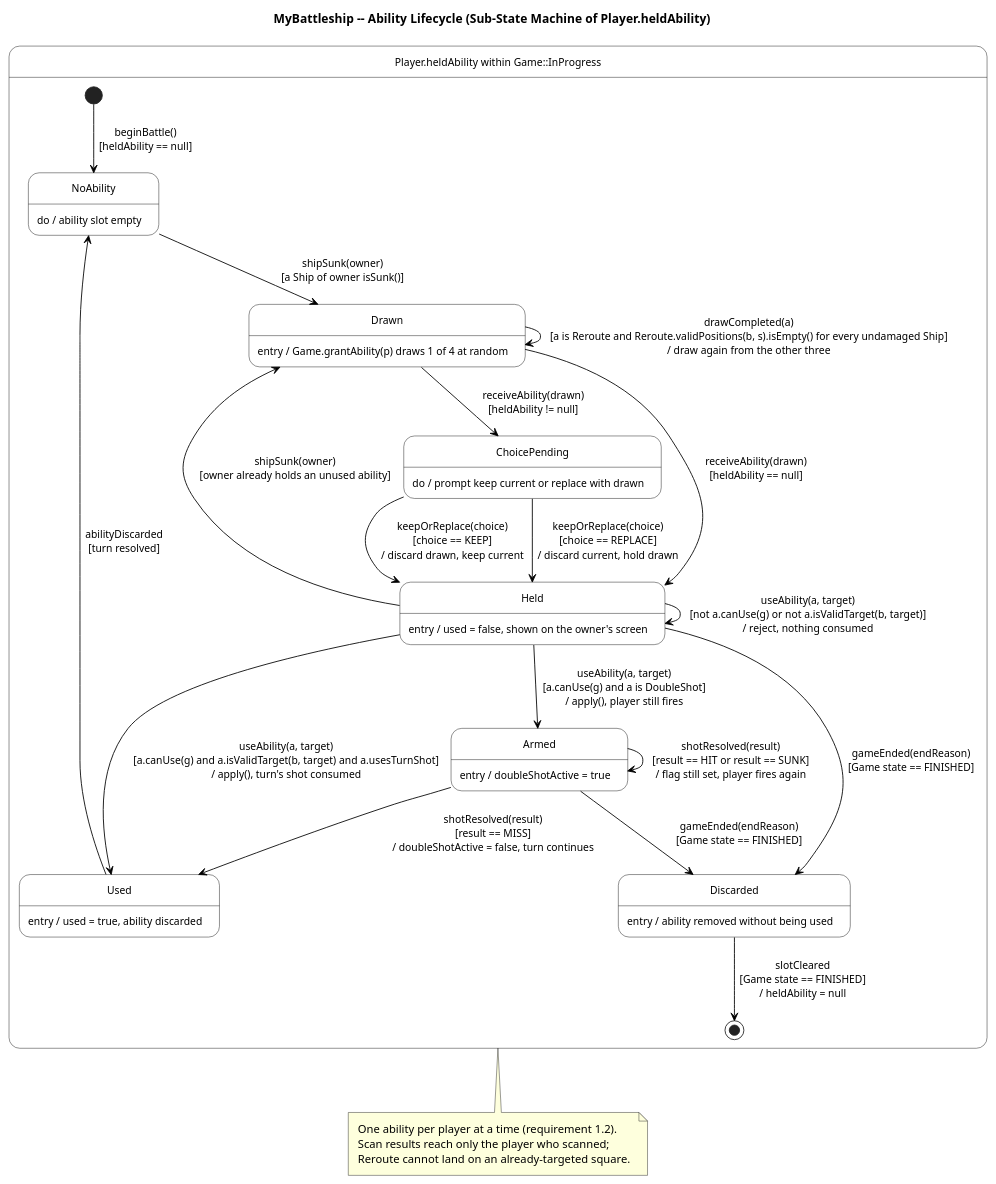
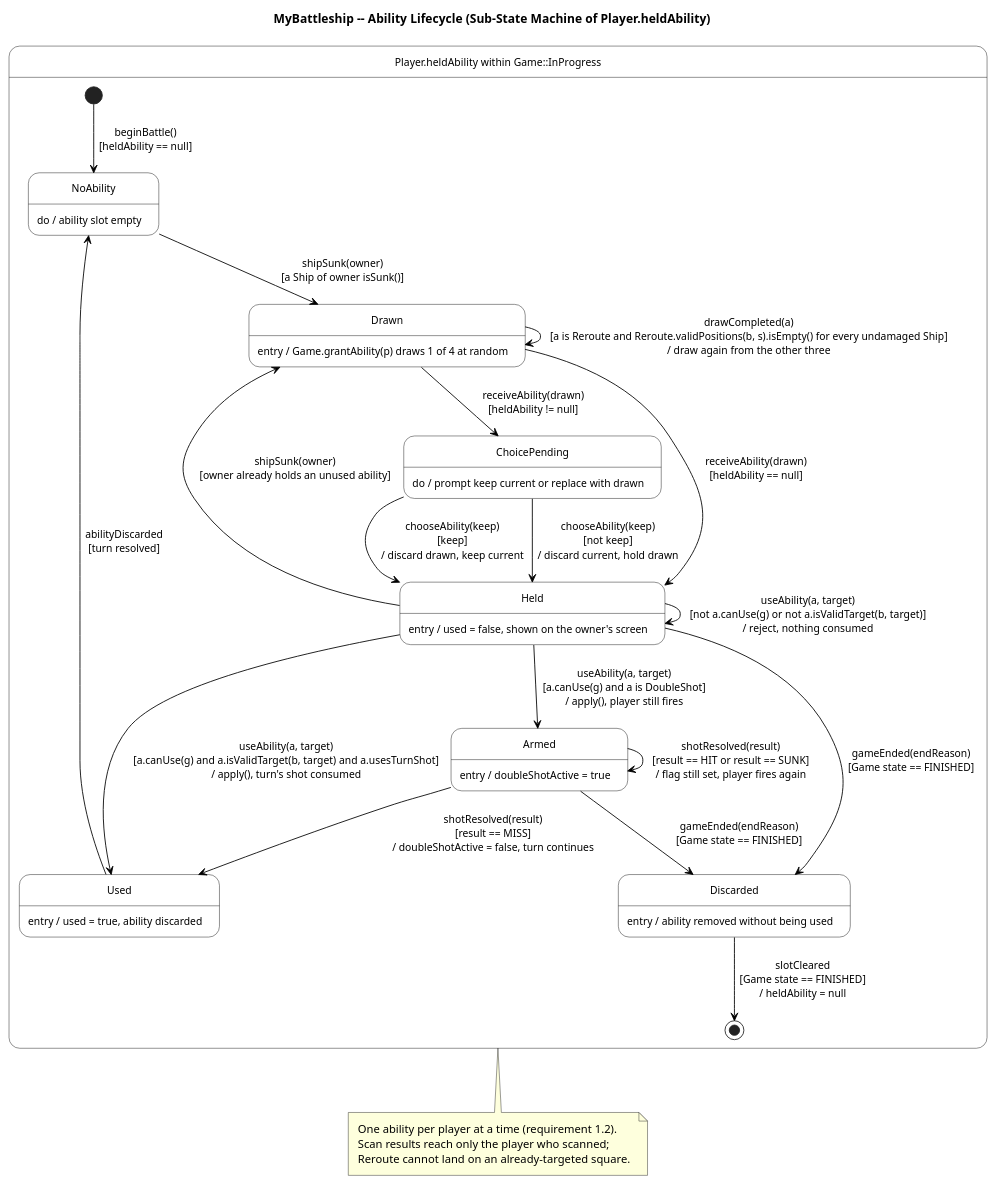
One commit to queeeety/battleship-online changed the diagram in docs/uml/state/ability.puml. Above: the diagram before and after it, drawn with PlantUML. The commit also changed 9 other files, not shown here.

Commit message:
Added section2 diagrams and refreshed diagrams to be seamless

```diff
--- a/docs/uml/state/ability.puml
+++ b/docs/uml/state/ability.puml
@@ -1,60 +1,60 @@
 @startuml 4_3_Ability_SubStateDiagram
 ' MyBattleship -- GroupXXAssign2.pdf, section 4.3: Ability (sub-state diagram)
 ' Expands Player.heldAbility within Game::InProgress. Covers UC4 Use Ability.
 title MyBattleship -- Ability Lifecycle (Sub-State Machine of Player.heldAbility)
 
 hide empty description
 skinparam nodesep 55
 skinparam ranksep 75
 skinparam padding 5
 skinparam defaultFontSize 13
 skinparam ArrowFontSize 12
 skinparam StateFontSize 14
 skinparam StateAttributeFontSize 12
 skinparam state {
   BackgroundColor White
   BorderColor Black
   ArrowColor Black
 }
 
 state "Player.heldAbility within Game::InProgress" as Lifecycle {
 
   [*] --> NoAbility : beginBattle()\n[heldAbility == null]
 
   state NoAbility : do / ability slot empty
   state Drawn : entry / Game.grantAbility(p) draws 1 of 4 at random
   state Held : entry / used = false, shown on the owner's screen
   state ChoicePending : do / prompt keep current or replace with drawn
   state Armed : entry / doubleShotActive = true
   state Used : entry / used = true, ability discarded
   state Discarded : entry / ability removed without being used
 
   NoAbility --> Drawn : shipSunk(owner)\n[a Ship of owner isSunk()]
   Held --> Drawn : shipSunk(owner)\n[owner already holds an unused ability]
 
   Drawn --> Drawn : drawCompleted(a)\n[a is Reroute and Reroute.validPositions(b, s).isEmpty() for every undamaged Ship]\n/ draw again from the other three
   Drawn --> Held : receiveAbility(drawn)\n[heldAbility == null]
   Drawn --> ChoicePending : receiveAbility(drawn)\n[heldAbility != null]
 
-  ChoicePending --> Held : keepOrReplace(choice)\n[choice == REPLACE]\n/ discard current, hold drawn
-  ChoicePending --> Held : keepOrReplace(choice)\n[choice == KEEP]\n/ discard drawn, keep current
+  ChoicePending --> Held : chooseAbility(keep)\n[not keep]\n/ discard current, hold drawn
+  ChoicePending --> Held : chooseAbility(keep)\n[keep]\n/ discard drawn, keep current
 
   Held --> Held : useAbility(a, target)\n[not a.canUse(g) or not a.isValidTarget(b, target)]\n/ reject, nothing consumed
   Held --> Used : useAbility(a, target)\n[a.canUse(g) and a.isValidTarget(b, target) and a.usesTurnShot]\n/ apply(), turn's shot consumed
   Held --> Armed : useAbility(a, target)\n[a.canUse(g) and a is DoubleShot]\n/ apply(), player still fires
 
   Armed --> Used : shotResolved(result)\n[result == MISS]\n/ doubleShotActive = false, turn continues
   Armed --> Armed : shotResolved(result)\n[result == HIT or result == SUNK]\n/ flag still set, player fires again
 
   Used --> NoAbility : abilityDiscarded\n[turn resolved]
   Held --> Discarded : gameEnded(endReason)\n[Game state == FINISHED]
   Armed --> Discarded : gameEnded(endReason)\n[Game state == FINISHED]
   Discarded --> [*] : slotCleared\n[Game state == FINISHED]\n/ heldAbility = null
 }
 
 note bottom of Lifecycle
   One ability per player at a time (requirement 1.2).
   Scan results reach only the player who scanned;
   Reroute cannot land on an already-targeted square.
 end note
 @enduml
```
